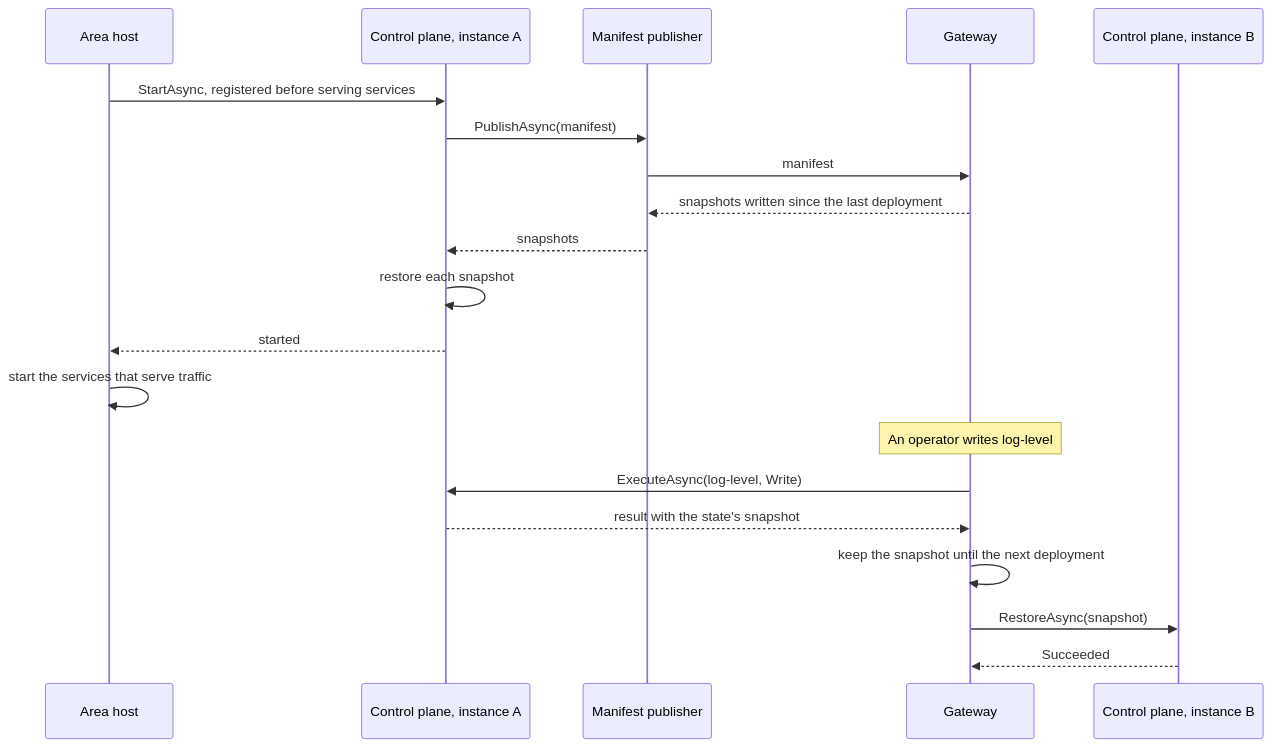
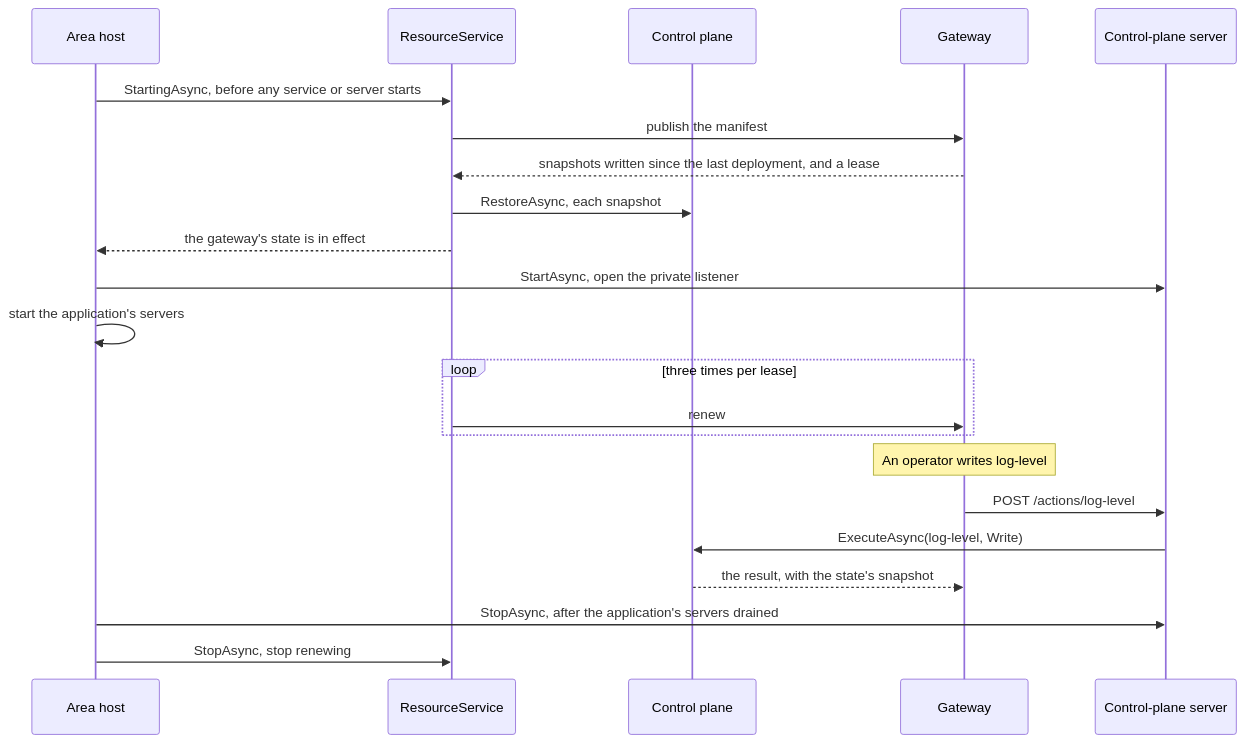
One commit to assimalign/cohesion changed the second of 2 diagrams in libraries/Hosting/Assimalign.Cohesion.Hosting.Resources/docs/DESIGN.md. Above: the diagram before and after it, drawn with Mermaid. The commit also changed other lines of this file and 31 other files, not shown here.

First line of the commit message:
refactor(resources): move the instance lifecycle from the control plane to ResourceService

````diff
--- a/libraries/Hosting/Assimalign.Cohesion.Hosting.Resources/docs/DESIGN.md
+++ b/libraries/Hosting/Assimalign.Cohesion.Hosting.Resources/docs/DESIGN.md
@@ -67,22 +69,24 @@
 ```mermaid
 sequenceDiagram
     participant Host as Area host
-    participant CP as Control plane, instance A
-    participant Pub as Manifest publisher
+    participant RS as ResourceService
+    participant CP as Control plane
     participant GW as Gateway
-    participant CPB as Control plane, instance B
-    Host->>CP: StartAsync, registered before serving services
-    CP->>Pub: PublishAsync(manifest)
-    Pub->>GW: manifest
-    GW-->>Pub: snapshots written since the last deployment
-    Pub-->>CP: snapshots
-    CP->>CP: restore each snapshot
-    CP-->>Host: started
-    Host->>Host: start the services that serve traffic
+    participant Srv as Control-plane server
+    Host->>RS: StartingAsync, before any service or server starts
+    RS->>GW: publish the manifest
+    GW-->>RS: snapshots written since the last deployment, and a lease
+    RS->>CP: RestoreAsync, each snapshot
+    RS-->>Host: the gateway's state is in effect
+    Host->>Srv: StartAsync, open the private listener
+    Host->>Host: start the application's servers
+    loop three times per lease
+        RS->>GW: renew
+    end
     Note over GW: An operator writes log-level
-    GW->>CP: ExecuteAsync(log-level, Write)
-    CP-->>GW: result with the state's snapshot
-    GW->>GW: keep the snapshot until the next deployment
-    GW->>CPB: RestoreAsync(snapshot)
-    CPB-->>GW: Succeeded
+    GW->>Srv: POST /actions/log-level
+    Srv->>CP: ExecuteAsync(log-level, Write)
+    CP-->>GW: the result, with the state's snapshot
+    Host->>Srv: StopAsync, after the application's servers drained
+    Host->>RS: StopAsync, stop renewing
 ```
````
